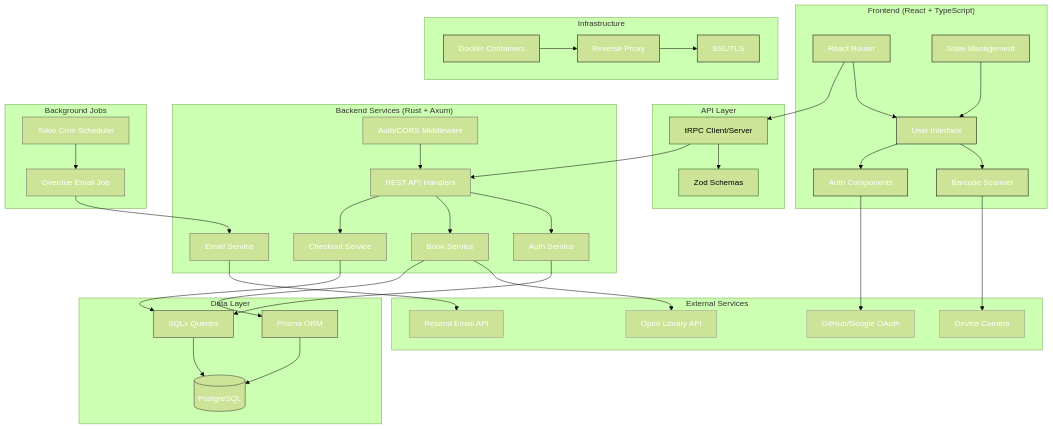
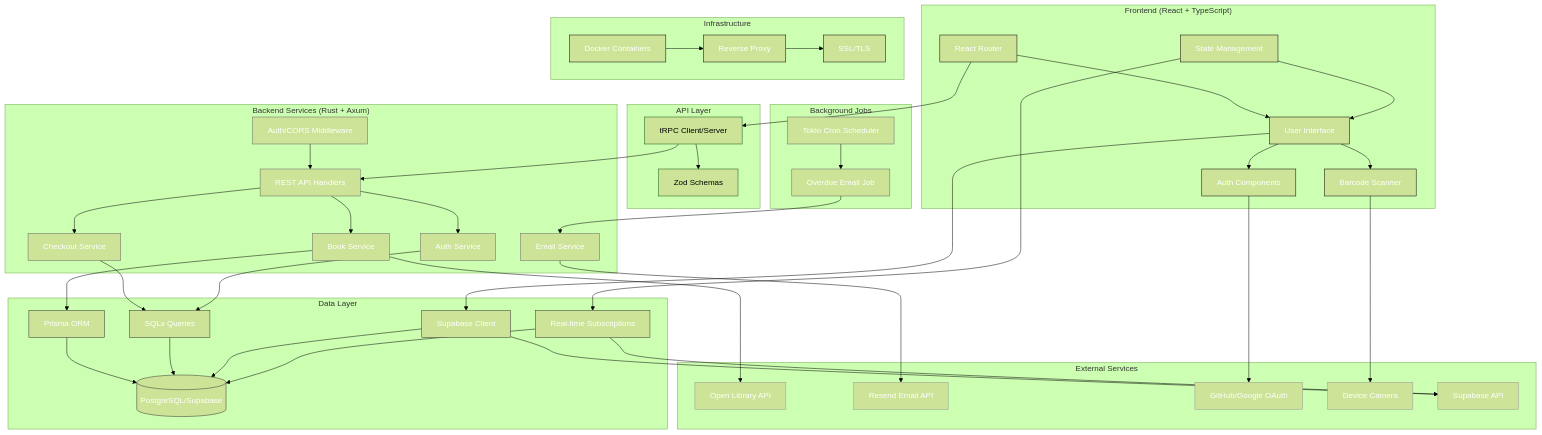
Before and after one commit to plyght/opus: the diagram in README.md, drawn with Mermaid (forest theme). The commit also changed other lines of this file and 19 other files, not shown here.

````diff
--- a/README.md
+++ b/README.md
@@ -41,12 +41,16 @@
     end
     
     subgraph "Data Layer"
-        DB[(PostgreSQL)]
+        DB[(PostgreSQL/Supabase)]
         Prisma[Prisma ORM]
         SQLx[SQLx Queries]
+        Supabase_Client[Supabase Client]
+        Realtime[Real-time Subscriptions]
         
         Prisma --> DB
         SQLx --> DB
+        Supabase_Client --> DB
+        Realtime --> DB
     end
     
     subgraph "External Services"
@@ -54,6 +58,7 @@
         Resend[Resend Email API]
         OAuth_Providers[GitHub/Google OAuth]
         Camera[Device Camera]
+        Supabase_API[Supabase API]
     end
     
     subgraph "Background Jobs"
@@ -77,6 +82,8 @@
     Router --> tRPC
     Scanner --> Camera
     Auth --> OAuth_Providers
+    UI --> Supabase_Client
+    State --> Realtime
     
     %% API connections
     tRPC --> API
@@ -87,6 +94,8 @@
     Checkout_Service --> SQLx
     Auth_Service --> SQLx
     Email_Service --> Resend
+    Supabase_Client --> Supabase_API
+    Realtime --> Supabase_API
     
     %% Styling
     classDef frontend stroke:#000,color:#fff
@@ -97,7 +106,7 @@
     
     class UI,Scanner,Auth,Router,State frontend
     class API,Auth_Service,Book_Service,Checkout_Service,Email_Service,Middleware,Cron,Overdue_Job backend
-    class DB,Prisma,SQLx database
-    class OpenLibrary,Resend,OAuth_Providers,Camera external
+    class DB,Prisma,SQLx,Supabase_Client,Realtime database
+    class OpenLibrary,Resend,OAuth_Providers,Camera,Supabase_API external
     class Docker,Nginx,SSL infra
 ```
````
